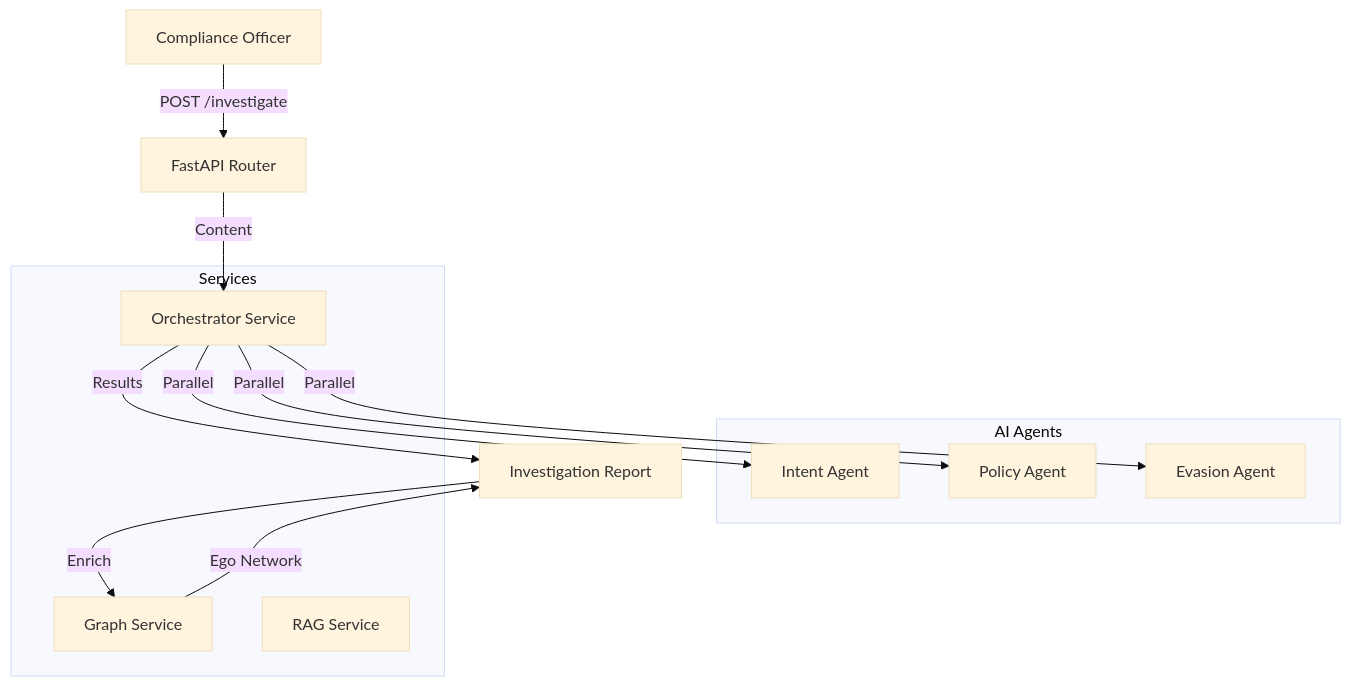
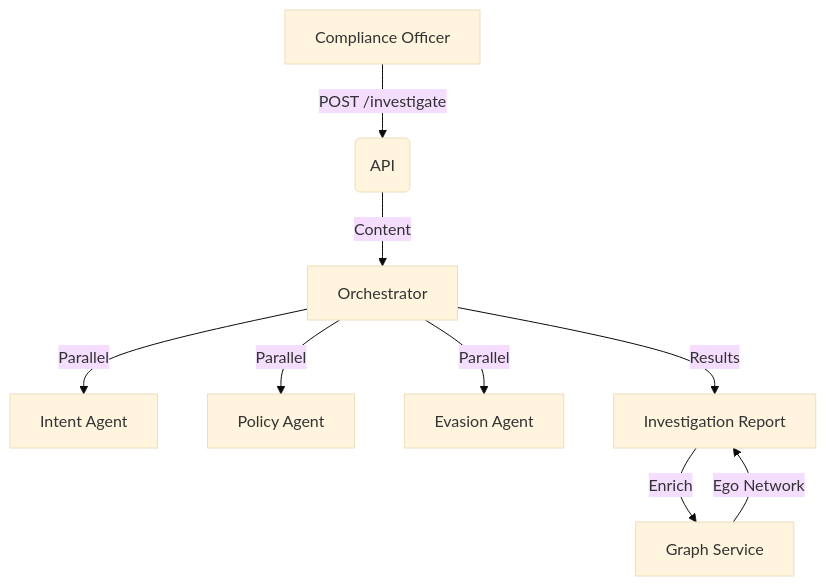
The diagram in backend/modules/domains/b2b/bank_surveillance/docs/technical/architecture.md (nkumar15/communication-analysis), drawn with Mermaid (base theme) before and after one commit. The commit also changed other lines of this file and 9 other files, not shown here.

Commit message:
docs: Refactor API and architecture documentation, update component names, and introduce a new B2B README.

````diff
--- a/backend/modules/domains/b2b/bank_surveillance/docs/technical/architecture.md
+++ b/backend/modules/domains/b2b/bank_surveillance/docs/technical/architecture.md
@@ -5,23 +5,11 @@
 ```mermaid
 graph TD
-    User[Compliance Officer] -->|POST /investigate| API[FastAPI Router]
-    API -->|Content| Orchestrator[Orchestrator Service]
-    Orchestrator -->|Parallel| Intent[Intent Agent]
-    Orchestrator -->|Parallel| Policy[Policy Agent]
-    Orchestrator -->|Parallel| Evasion[Evasion Agent]
-    Orchestrator -->|Results| Report[Investigation Report]
-    Report -->|Enrich| Graph[Graph Service]
-    Graph -->|Ego Network| Report
-    
-    subgraph "AI Agents"
-    Intent
-    Policy
-    Evasion
-    end
-    
-    subgraph "Services"
-    Orchestrator
-    Graph
-    RAG[RAG Service]
-    end
+    A[Compliance Officer] -->|POST /investigate| B(API)
+    B -->|Content| C[Orchestrator]
+    C -->|Parallel| D[Intent Agent]
+    C -->|Parallel| E[Policy Agent]
+    C -->|Parallel| F[Evasion Agent]
+    C -->|Results| G[Investigation Report]
+    G -->|Enrich| H[Graph Service]
+    H -->|Ego Network| G
 ```
````
